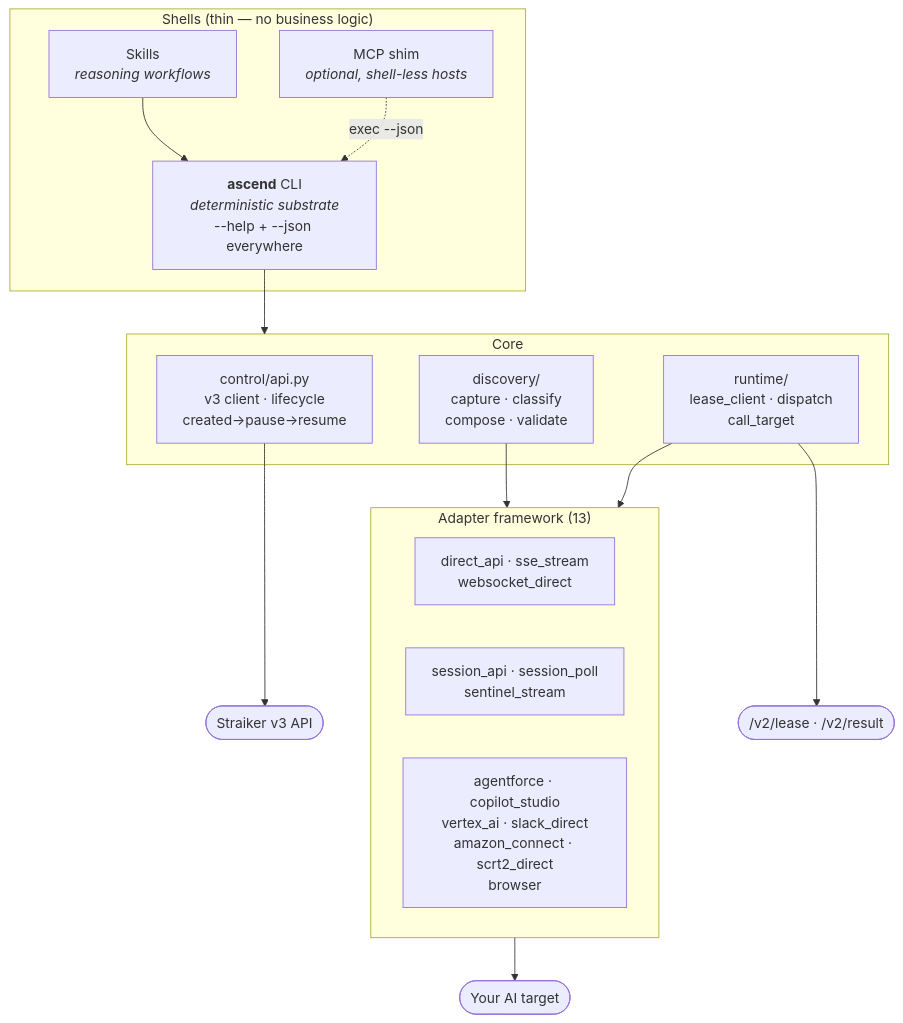
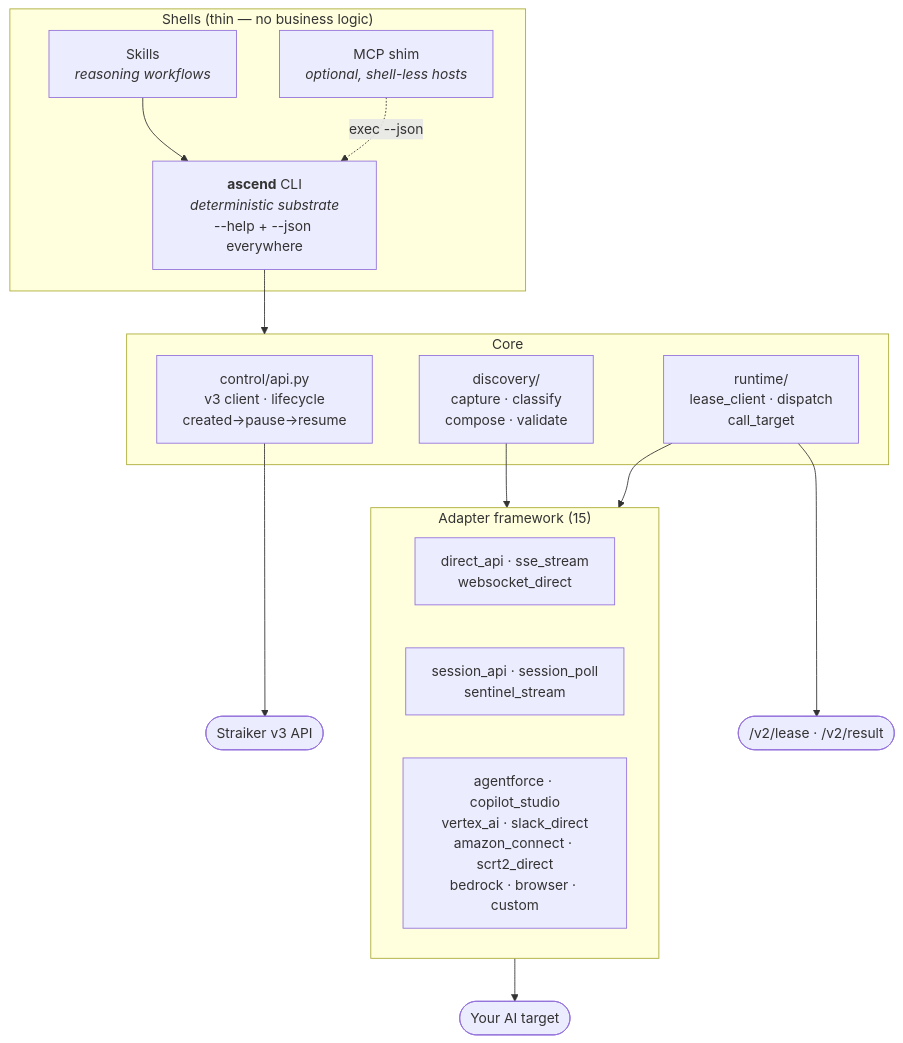
The second of 4 diagrams in README.md (PhimmStraiker/ascend-cli), drawn with Mermaid before and after one commit. The commit also changed other lines of this file and 33 other files, not shown here.

First line of the commit message:
Resolve configs consistently, and make the docs and diagrams describe 1.1 (#29)

````diff
--- a/README.md
+++ b/README.md
@@ -80,26 +95,26 @@
 ```mermaid
 flowchart TB
     subgraph shells["Shells (thin — no business logic)"]
         CLI["<b>ascend</b> CLI<br/><i>deterministic substrate</i><br/>--help + --json everywhere"]
         SK["Skills<br/><i>reasoning workflows</i>"]
         MCP["MCP shim<br/><i>optional, shell-less hosts</i>"]
     end
     subgraph core["Core"]
         CTRL["control/api.py<br/>v3 client · lifecycle<br/>created→pause→resume"]
         DISC["discovery/<br/>capture · classify<br/>compose · validate"]
         RT["runtime/<br/>lease_client · dispatch<br/>call_target"]
     end
-    subgraph adapters["Adapter framework (13)"]
+    subgraph adapters["Adapter framework (15)"]
         A1["direct_api · sse_stream<br/>websocket_direct"]
         A2["session_api · session_poll<br/>sentinel_stream"]
-        A3["agentforce · copilot_studio<br/>vertex_ai · slack_direct<br/>amazon_connect · scrt2_direct<br/>browser"]
+        A3["agentforce · copilot_studio<br/>vertex_ai · slack_direct<br/>amazon_connect · scrt2_direct<br/>bedrock · browser · custom"]
     end
     CLI --> core
     SK --> CLI
     MCP -.exec --json.-> CLI
     RT --> adapters
     DISC --> adapters
     adapters --> TGT(["Your AI target"])
     CTRL --> API(["Straiker v3 API"])
     RT --> BR(["/v2/lease · /v2/result"])
 ```
````
